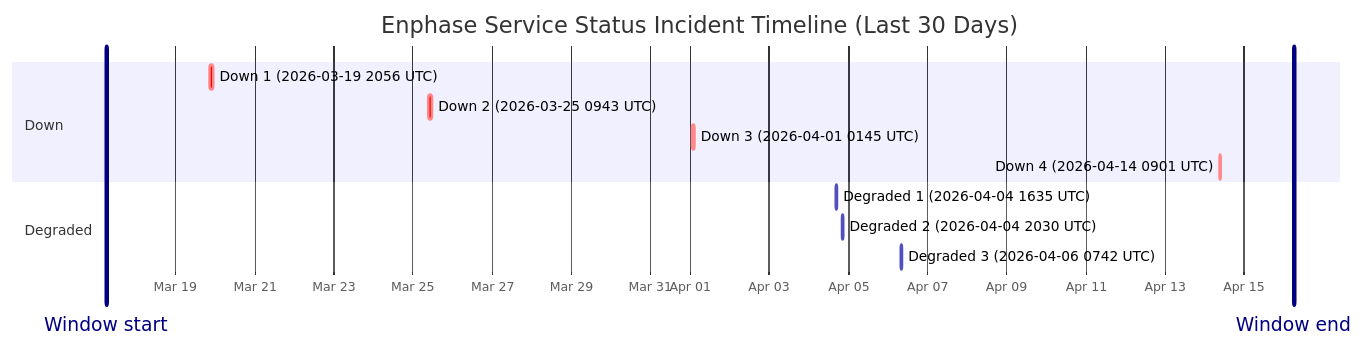
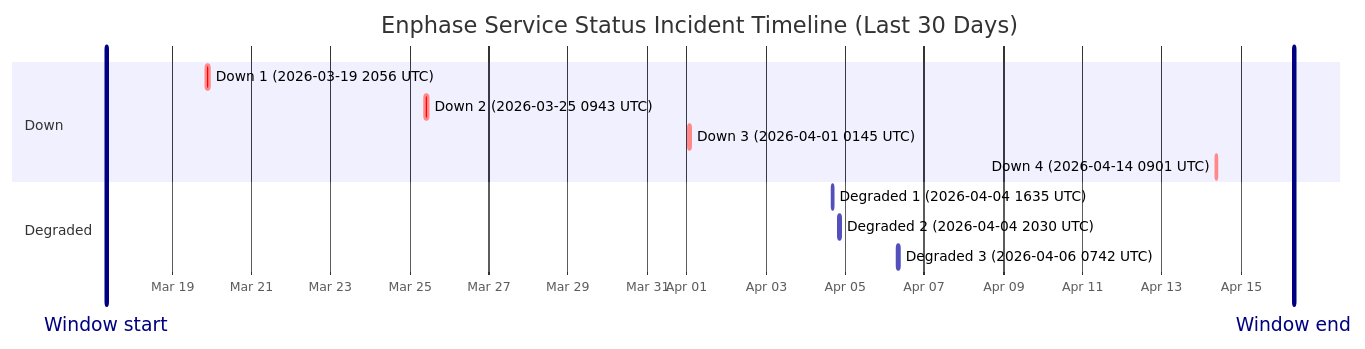
The diagram in wiki/Service-Status-History.md (barneyonline/ha-enphase-ev-charger), drawn with Mermaid before and after one commit. The commit also changed other lines of this file and 3 other files, not shown here.

````diff
--- a/wiki/Service-Status-History.md
+++ b/wiki/Service-Status-History.md
@@ -14,17 +14,17 @@
 ```mermaid
 gantt
     title Enphase Service Status Incident Timeline (Last 30 Days)
     dateFormat  YYYY-MM-DDTHH:mm:ss
     axisFormat  %b %d
-    Window start :vert, window-start, 2026-03-17T06:00:49, 0ms
-    Window end :vert, window-end, 2026-04-16T06:00:49, 0ms
+    Window start :vert, window-start, 2026-03-17T08:12:30, 0ms
+    Window end :vert, window-end, 2026-04-16T08:12:30, 0ms
     section Down
     Down 1 (2026-03-19 2056 UTC) :crit, down-1, 2026-03-19T20:56:20, 145m
     Down 2 (2026-03-25 0943 UTC) :crit, down-2, 2026-03-25T09:43:28, 111m
     Down 3 (2026-04-01 0145 UTC) :crit, down-3, 2026-04-01T01:45:09, 60m
     Down 4 (2026-04-14 0901 UTC) :crit, down-4, 2026-04-14T09:01:13, 60m
     section Degraded
     Degraded 1 (2026-04-04 1635 UTC) :active, degraded-1, 2026-04-04T16:35:17, 60m
     Degraded 2 (2026-04-04 2030 UTC) :active, degraded-2, 2026-04-04T20:30:40, 60m
     Degraded 3 (2026-04-06 0742 UTC) :active, degraded-3, 2026-04-06T07:42:09, 85m
 ```
````
